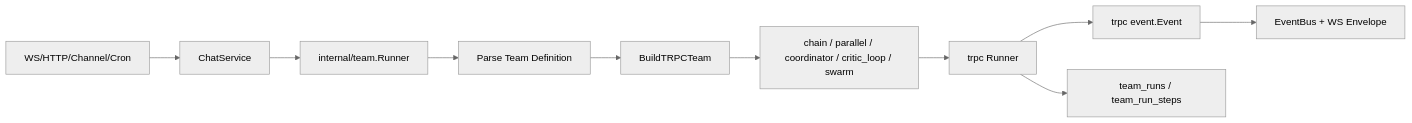
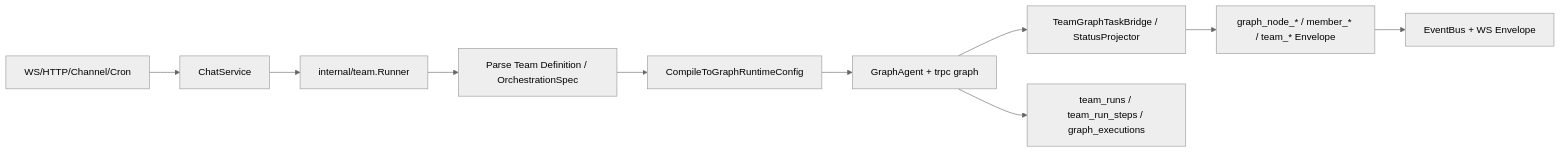
The third of 8 diagrams in docs/需求/0 系统框图.md (AmarsDing/aranea-agents), drawn with Mermaid (neutral theme) before and after one commit. The commit also changed other lines of this file and 191 other files, not shown here.

First line of the commit message:
feat: M53/M55 多阶段迭代交付：Graph编排、Channel同步与后台任务优化

````diff
--- a/docs/需求/0 系统框图.md
+++ b/docs/需求/0 系统框图.md
@@ -162,12 +164,12 @@
 ```mermaid
 flowchart LR
   WS["WS/HTTP/Channel/Cron"] --> Chat["ChatService"]
   Chat --> TeamRunner["internal/team.Runner"]
-  TeamRunner --> Def["Parse Team Definition"]
-  Def --> Build["BuildTRPCTeam"]
-  Build --> Modes["chain / parallel / coordinator / critic_loop / swarm"]
-  Modes --> Runner["trpc Runner"]
-  Runner --> Events["trpc event.Event"]
+  TeamRunner --> Def["Parse Team Definition / OrchestrationSpec"]
+  Def --> Compile["CompileToGraphRuntimeConfig"]
+  Compile --> GraphAgent["GraphAgent + trpc graph"]
+  GraphAgent --> Bridge["TeamGraphTaskBridge / StatusProjector"]
+  Bridge --> Events["graph_node_* / member_* / team_* Envelope"]
   Events --> Bus["EventBus + WS Envelope"]
-  Runner --> Runs["team_runs / team_run_steps"]
+  GraphAgent --> Runs["team_runs / team_run_steps / graph_executions"]
 ```
````
